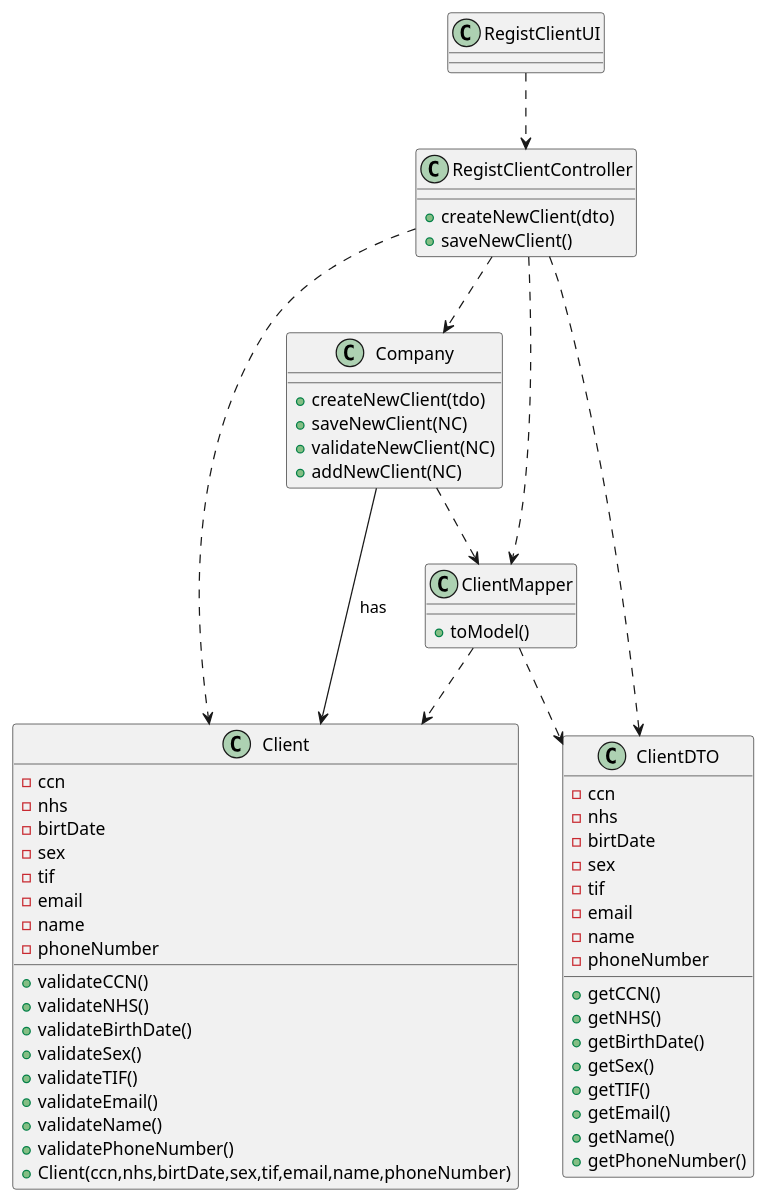
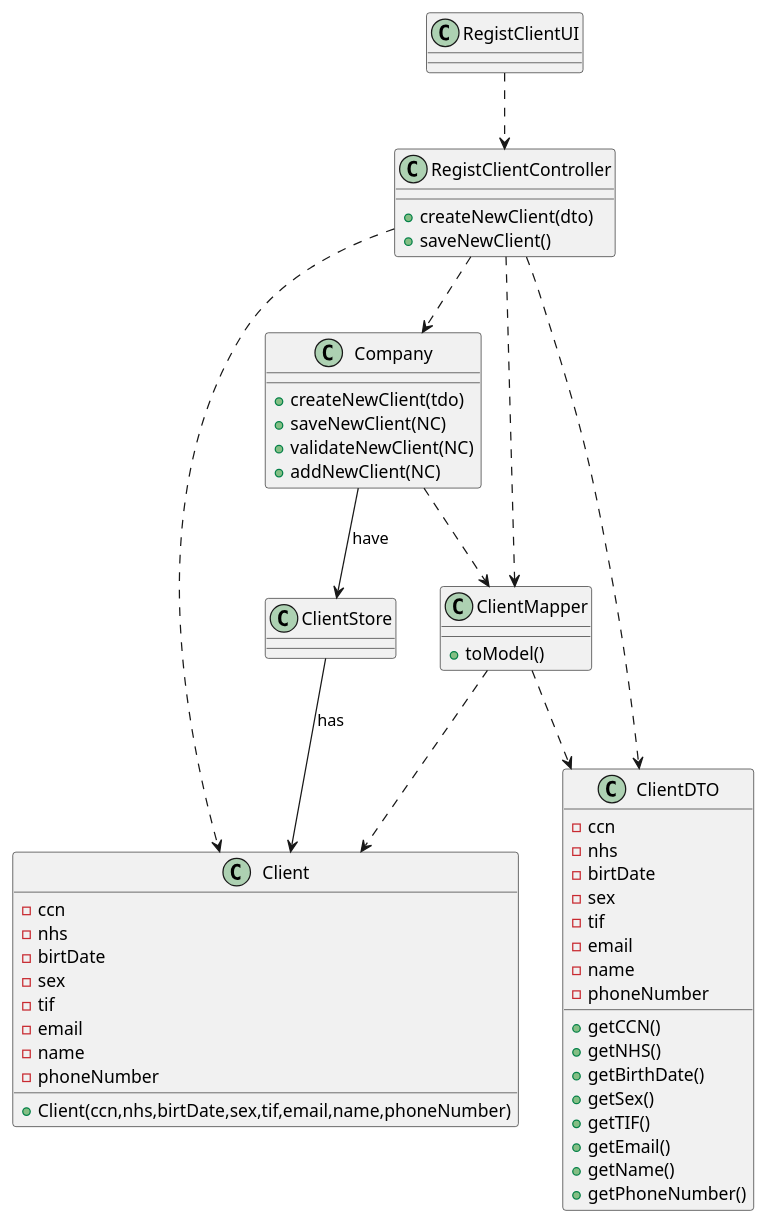
The diagram in docs/SprintB/US3_RegisterClient/CD_US003.puml (Pedromaia26/LAPR2-ISEP), drawn with PlantUML before and after one commit.

Commit message:
CD_US003.puml edited online with Bitbucket

```diff
--- a/docs/SprintB/US3_RegisterClient/CD_US003.puml
+++ b/docs/SprintB/US3_RegisterClient/CD_US003.puml
@@ -1,62 +1,56 @@
 @startuml
 RegistClientUI ..> RegistClientController
 RegistClientController ..>Company
 RegistClientController ..>Client
 RegistClientController ..>ClientMapper
 RegistClientController ..>ClientDTO
 
 RegistClientController : +createNewClient(dto)
 RegistClientController : +saveNewClient()
 
-Company --> Client: has
+Company --> ClientStore: have
+
+ClientStore --> Client: has
 
 Company ..> ClientMapper
 
 ClientMapper ..> ClientDTO
 
 ClientMapper ..> Client
 
 ClientMapper : +toModel()
 
 Company : +createNewClient(tdo)
 Company : +saveNewClient(NC)
 Company : +validateNewClient(NC)
 Company : +addNewClient(NC)
 
 ClientDTO : +getCCN()
 ClientDTO : +getNHS()
 ClientDTO : +getBirthDate()
 ClientDTO : +getSex()
 ClientDTO : +getTIF()
 ClientDTO : +getEmail()
 ClientDTO : +getName()
 ClientDTO : +getPhoneNumber()
 
 ClientDTO : -ccn
 ClientDTO : -nhs
 ClientDTO : -birtDate
 ClientDTO : -sex
 ClientDTO : -tif
 ClientDTO : -email
 ClientDTO : -name
 ClientDTO : -phoneNumber
 
-Client : +validateCCN()
-Client : +validateNHS()
-Client : +validateBirthDate()
-Client : +validateSex()
-Client : +validateTIF()
-Client : +validateEmail()
-Client : +validateName()
-Client : +validatePhoneNumber()
 
 Client : +Client(ccn,nhs,birtDate,sex,tif,email,name,phoneNumber)
 Client : -ccn
 Client : -nhs
 Client : -birtDate
 Client : -sex
 Client : -tif
 Client : -email
 Client : -name
 Client : -phoneNumber
 @enduml
```
